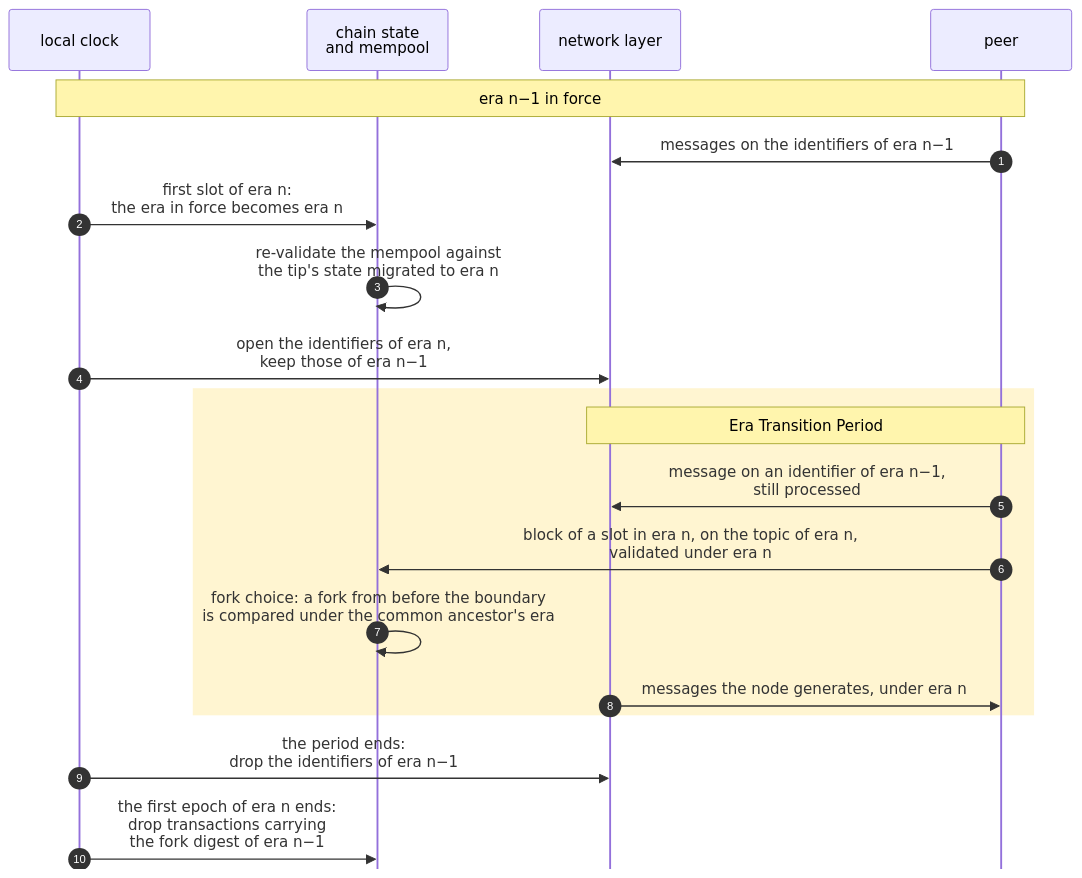
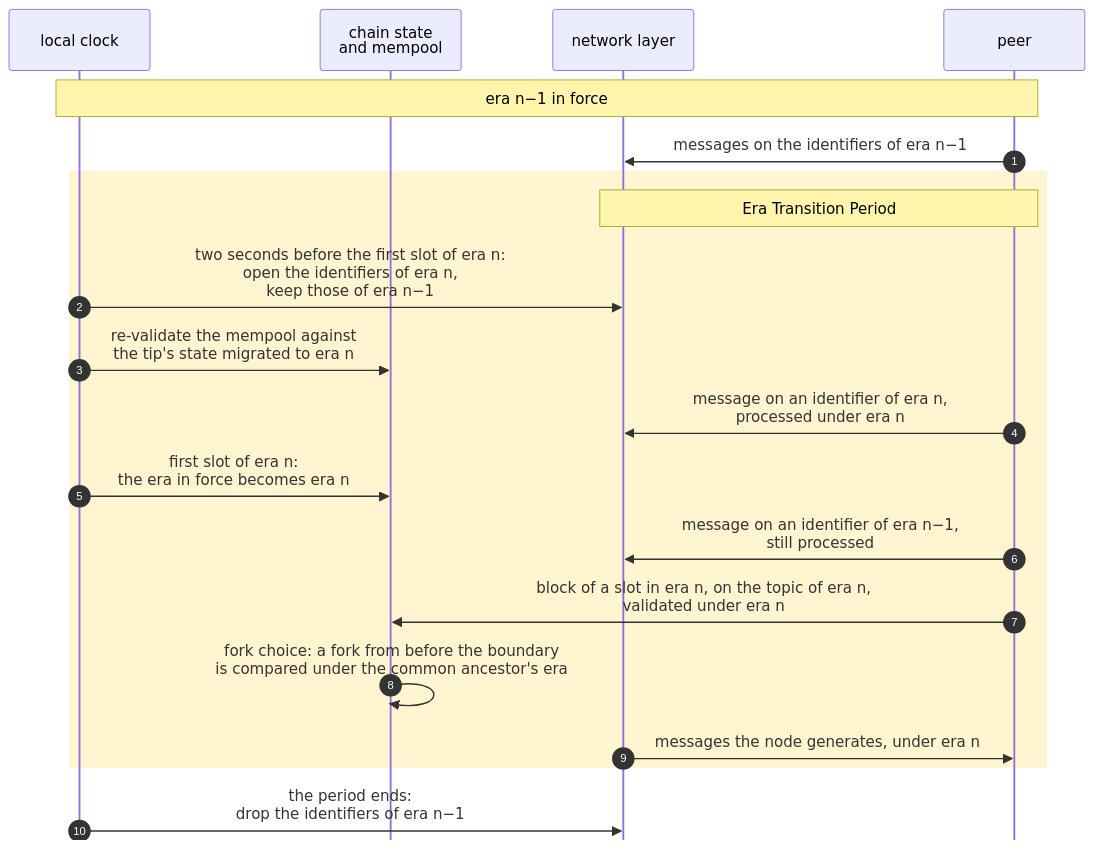
The seventh of 7 diagrams in docs/blockchain/raw/bedrock-eras.md (logos-co/logos-lips), drawn with Mermaid before and after one commit. The commit also changed other lines of this file and 2 other files, not shown here.

Commit message:
docs(blockchain): accept earlier eras' transactions unless an era refuses them, and open the next era's and epoch's connections two seconds early

````diff
--- a/docs/blockchain/raw/bedrock-eras.md
+++ b/docs/blockchain/raw/bedrock-eras.md
@@ -285,27 +288,27 @@
 ```mermaid
 ---
 config:
   sequence:
     mirrorActors: false
 ---
 sequenceDiagram
     autonumber
     participant C as local clock
     participant S as chain state<br/>and mempool
     participant N as network layer
     participant P as peer
     Note over C,P: era n−1 in force
     P->>N: messages on the identifiers of era n−1
-    C->>S: first slot of era n:<br/>the era in force becomes era n
-    S->>S: re-validate the mempool against<br/>the tip's state migrated to era n
-    C->>N: open the identifiers of era n,<br/>keep those of era n−1
     rect rgba(255, 200, 0, 0.18)
         Note over N,P: Era Transition Period
+        C->>N: two seconds before the first slot of era n:<br/>open the identifiers of era n,<br/>keep those of era n−1
+        C->>S: re-validate the mempool against<br/>the tip's state migrated to era n
+        P->>N: message on an identifier of era n,<br/>processed under era n
+        C->>S: first slot of era n:<br/>the era in force becomes era n
         P->>N: message on an identifier of era n−1,<br/>still processed
         P->>S: block of a slot in era n, on the topic of era n,<br/>validated under era n
         S->>S: fork choice: a fork from before the boundary<br/>is compared under the common ancestor's era
         N->>P: messages the node generates, under era n
     end
     C->>N: the period ends:<br/>drop the identifiers of era n−1
-    C->>S: the first epoch of era n ends:<br/>drop transactions carrying<br/>the fork digest of era n−1
 ```
````
